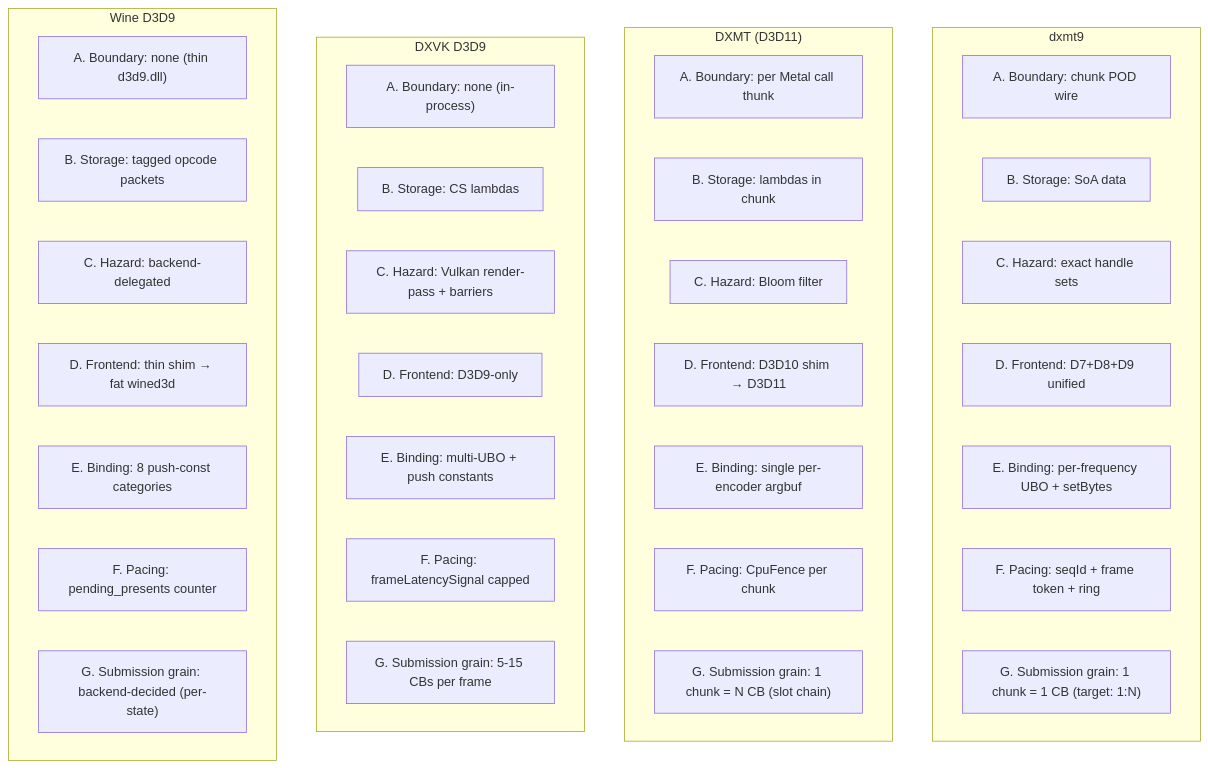
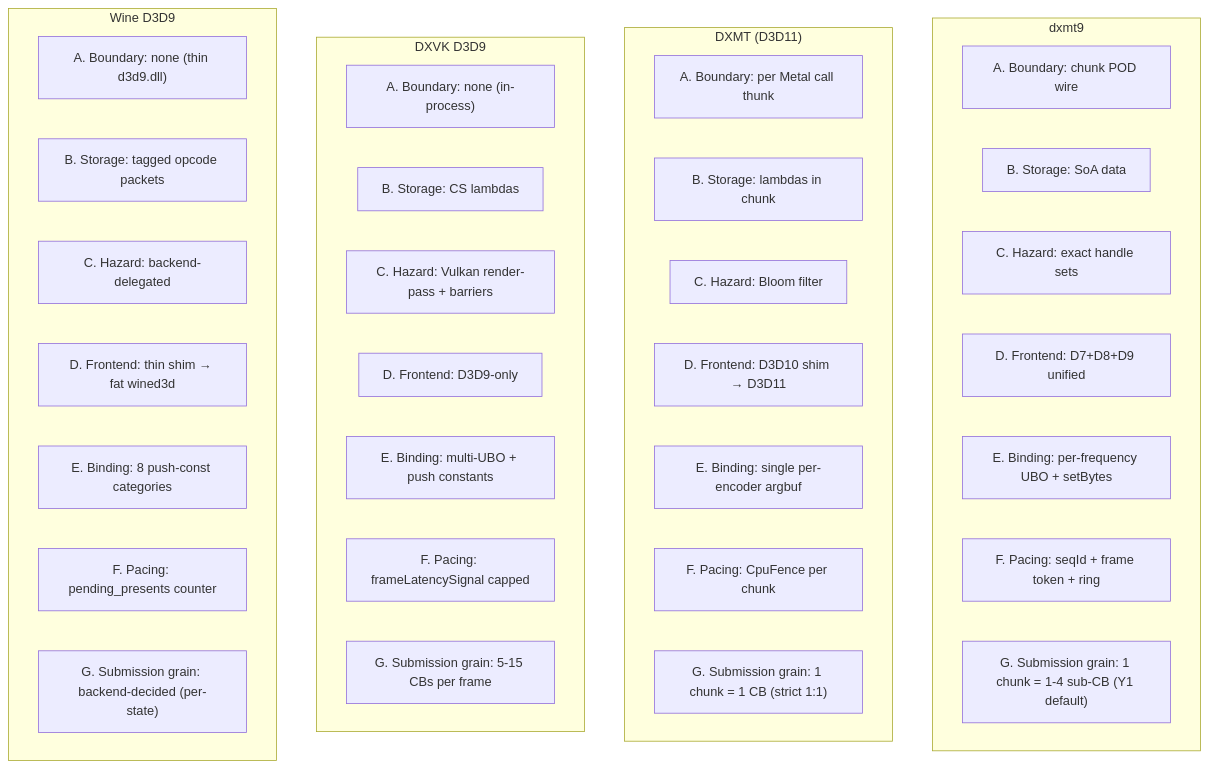
One commit to dfdgsdfg/dxmt9 changed the first of 8 diagrams in docs/architecture-comparison.md. Above: the diagram before and after it, drawn with Mermaid. The commit also changed other lines of this file and 4 other files, not shown here.

````diff
--- a/docs/architecture-comparison.md
+++ b/docs/architecture-comparison.md
@@ -27,39 +27,39 @@
 ```mermaid
 flowchart TB
     subgraph dxmt9["dxmt9"]
         d_a["A. Boundary: chunk POD wire"]
         d_b["B. Storage: SoA data"]
         d_c["C. Hazard: exact handle sets"]
         d_d["D. Frontend: D7+D8+D9 unified"]
         d_e["E. Binding: per-frequency UBO + setBytes"]
         d_f["F. Pacing: seqId + frame token + ring"]
-        d_g["G. Submission grain: 1 chunk = 1 CB (target: 1:N)"]
+        d_g["G. Submission grain: 1 chunk = 1-4 sub-CB (Y1 default)"]
     end
     subgraph DXMT["DXMT (D3D11)"]
         x_a["A. Boundary: per Metal call thunk"]
         x_b["B. Storage: lambdas in chunk"]
         x_c["C. Hazard: Bloom filter"]
         x_d["D. Frontend: D3D10 shim → D3D11"]
         x_e["E. Binding: single per-encoder argbuf"]
         x_f["F. Pacing: CpuFence per chunk"]
-        x_g["G. Submission grain: 1 chunk = N CB (slot chain)"]
+        x_g["G. Submission grain: 1 chunk = 1 CB (strict 1:1)"]
     end
     subgraph DXVK["DXVK D3D9"]
         v_a["A. Boundary: none (in-process)"]
         v_b["B. Storage: CS lambdas"]
         v_c["C. Hazard: Vulkan render-pass + barriers"]
         v_d["D. Frontend: D3D9-only"]
         v_e["E. Binding: multi-UBO + push constants"]
         v_f["F. Pacing: frameLatencySignal capped"]
         v_g["G. Submission grain: 5-15 CBs per frame"]
     end
     subgraph Wine["Wine D3D9"]
         w_a["A. Boundary: none (thin d3d9.dll)"]
         w_b["B. Storage: tagged opcode packets"]
         w_c["C. Hazard: backend-delegated"]
         w_d["D. Frontend: thin shim → fat wined3d"]
         w_e["E. Binding: 8 push-const categories"]
         w_f["F. Pacing: pending_presents counter"]
         w_g["G. Submission grain: backend-decided (per-state)"]
     end
 ```
````
